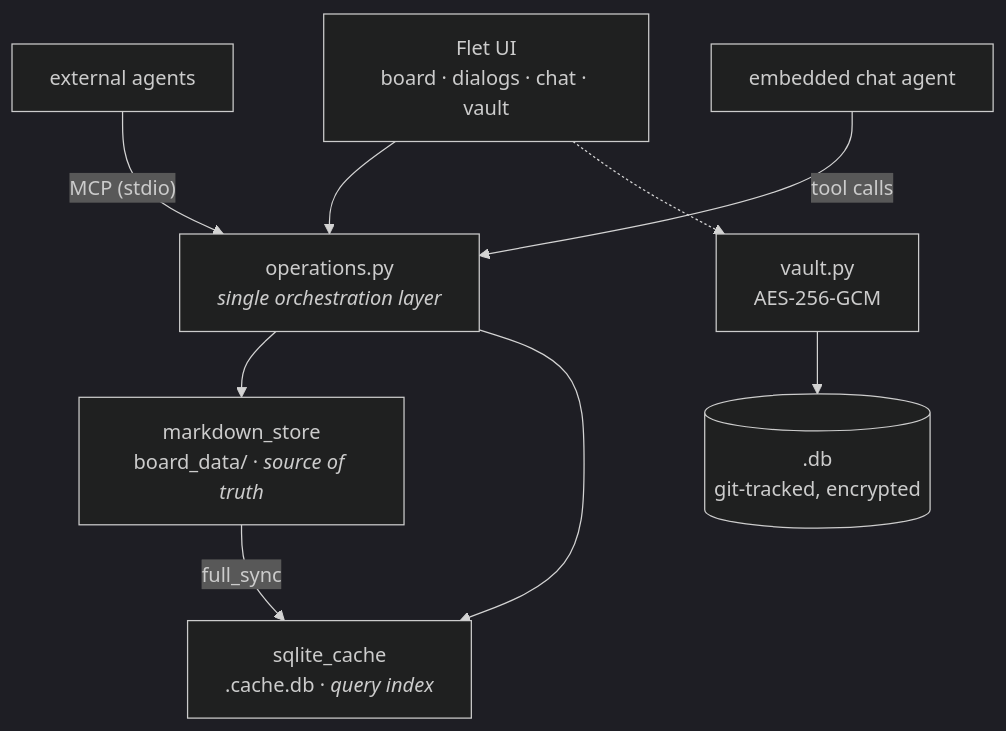
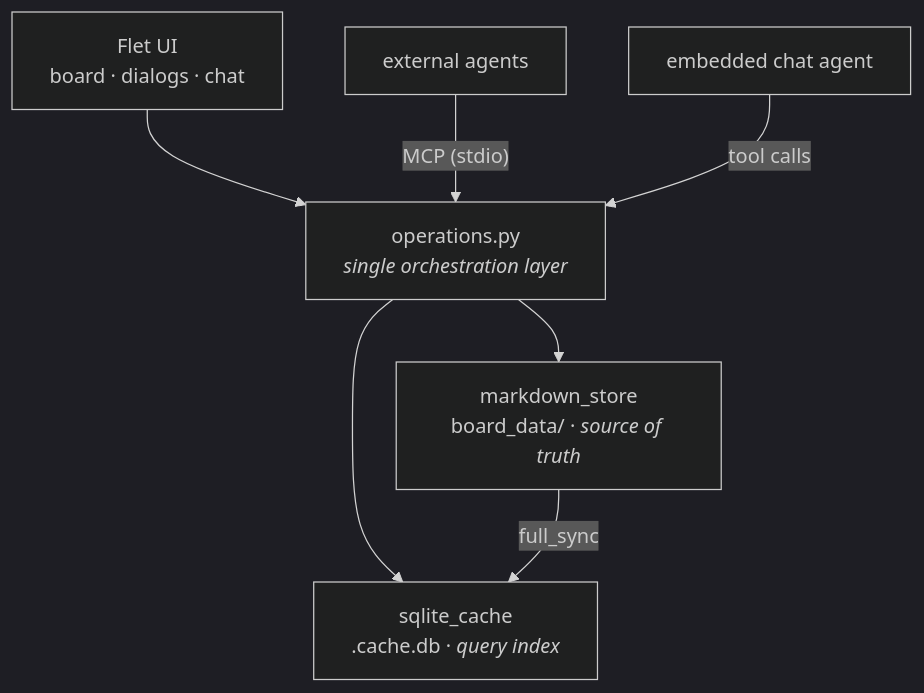
Before and after one commit to particle1331/kanbai: the diagram in docs/v1.md, drawn with Mermaid (dark theme). The commit also changed other lines of this file and 17 other files, not shown here.

````diff
--- a/docs/v1.md
+++ b/docs/v1.md
@@ -52,20 +47,16 @@
 ```mermaid
 flowchart TD
-    UI["Flet UI<br/>board · dialogs · chat · vault"]
+    UI["Flet UI<br/>board · dialogs · chat"]
     EXT["external agents"]
     CHAT["embedded chat agent"]
     OPS["operations.py<br/><i>single orchestration layer</i>"]
     MD["markdown_store<br/>board_data/ &middot; <i>source of truth</i>"]
     CACHE["sqlite_cache<br/>.cache.db &middot; <i>query index</i>"]
-    VAULT["vault.py<br/>AES-256-GCM"]
-    SDB[(".db<br/>git-tracked, encrypted")]
 
     UI --> OPS
     EXT -- "MCP (stdio)" --> OPS
     CHAT -- "tool calls" --> OPS
     OPS --> MD
     OPS --> CACHE
     MD -- "full_sync" --> CACHE
-    UI -.-> VAULT
-    VAULT --> SDB
 ```
````
